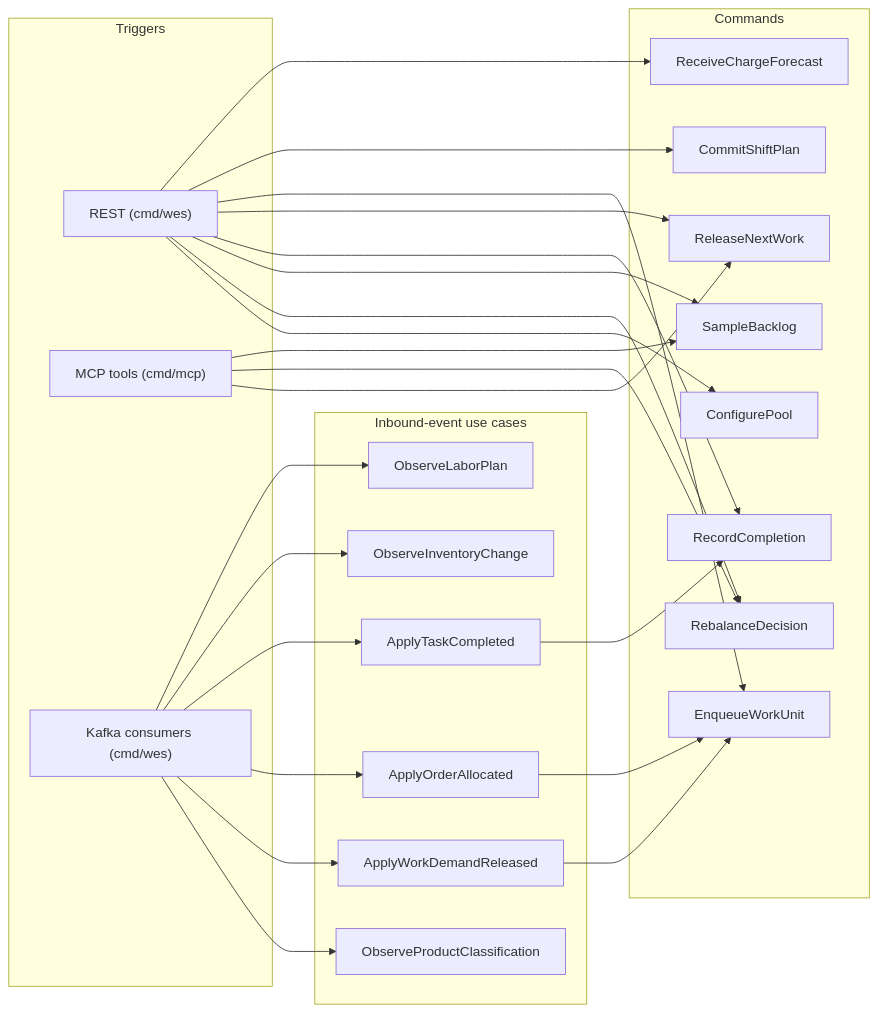
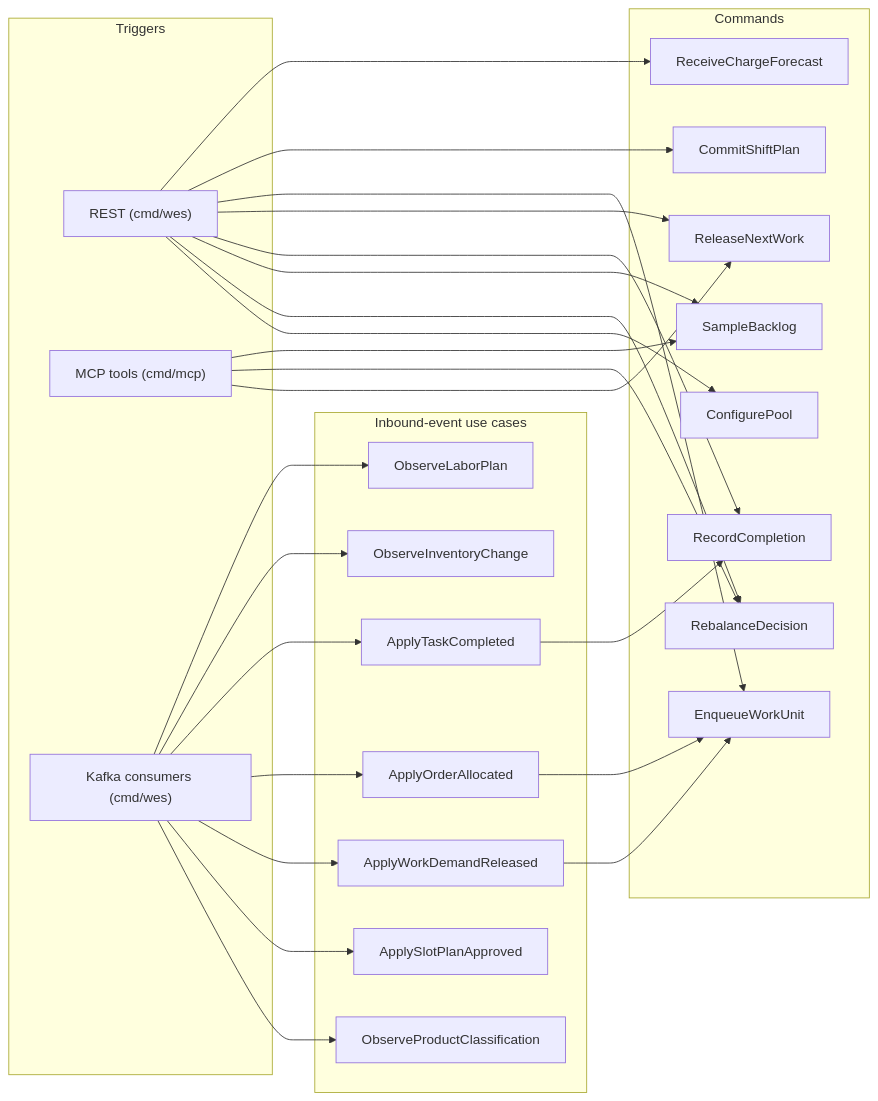
One commit to IQVO/wes-work-planning changed the diagram in docs/docs/ddd/use-cases.md. Above: the diagram before and after it, drawn with Mermaid. The commit also changed other lines of this file and 19 other files, not shown here.

First line of the commit message:
docs: slot-plan relocation (ADR 0040) across use cases, events, sequence, runbook, context map

````diff
--- a/docs/docs/ddd/use-cases.md
+++ b/docs/docs/ddd/use-cases.md
@@ -17,46 +17,48 @@
 ```mermaid
 flowchart LR
     subgraph triggers["Triggers"]
         REST["REST (cmd/wes)"]
         MCP["MCP tools (cmd/mcp)"]
         KAFKA["Kafka consumers (cmd/wes)"]
     end
     subgraph commands["Commands"]
         RCF["ReceiveChargeForecast"]
         CSP["CommitShiftPlan"]
         EWU["EnqueueWorkUnit"]
         RNW["ReleaseNextWork"]
         RC["RecordCompletion"]
         SB["SampleBacklog"]
         RD["RebalanceDecision"]
         CP["ConfigurePool"]
     end
     subgraph inbound["Inbound-event use cases"]
         OLP["ObserveLaborPlan"]
         OIC["ObserveInventoryChange"]
         ATC["ApplyTaskCompleted"]
         AOA["ApplyOrderAllocated"]
         AWD["ApplyWorkDemandReleased"]
+        ASP["ApplySlotPlanApproved"]
         OPC["ObserveProductClassification"]
     end
     REST --> RCF
     REST --> CSP
     REST --> EWU
     REST --> RNW
     REST --> RC
     REST --> SB
     REST --> RD
     REST --> CP
     MCP --> SB
     MCP --> RD
     MCP --> RNW
     KAFKA --> OLP
     KAFKA --> OIC
     KAFKA --> ATC
     KAFKA --> AOA
     KAFKA --> AWD
+    KAFKA --> ASP
     KAFKA --> OPC
     ATC --> RC
     AOA --> EWU
     AWD --> EWU
 ```
````
